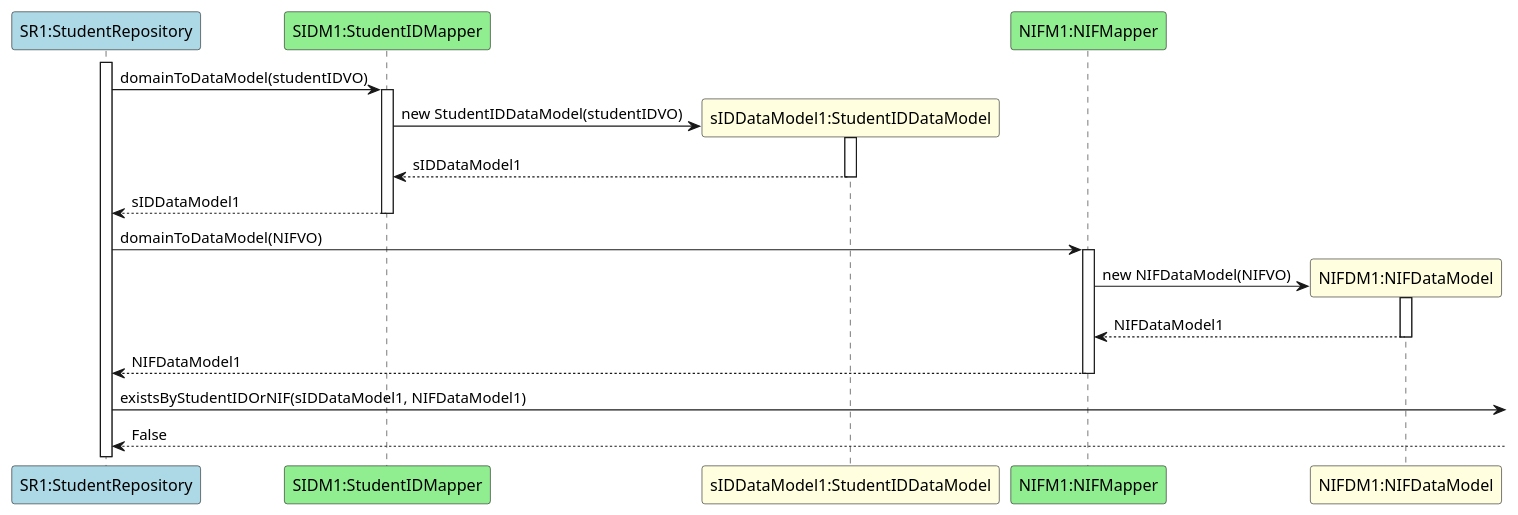
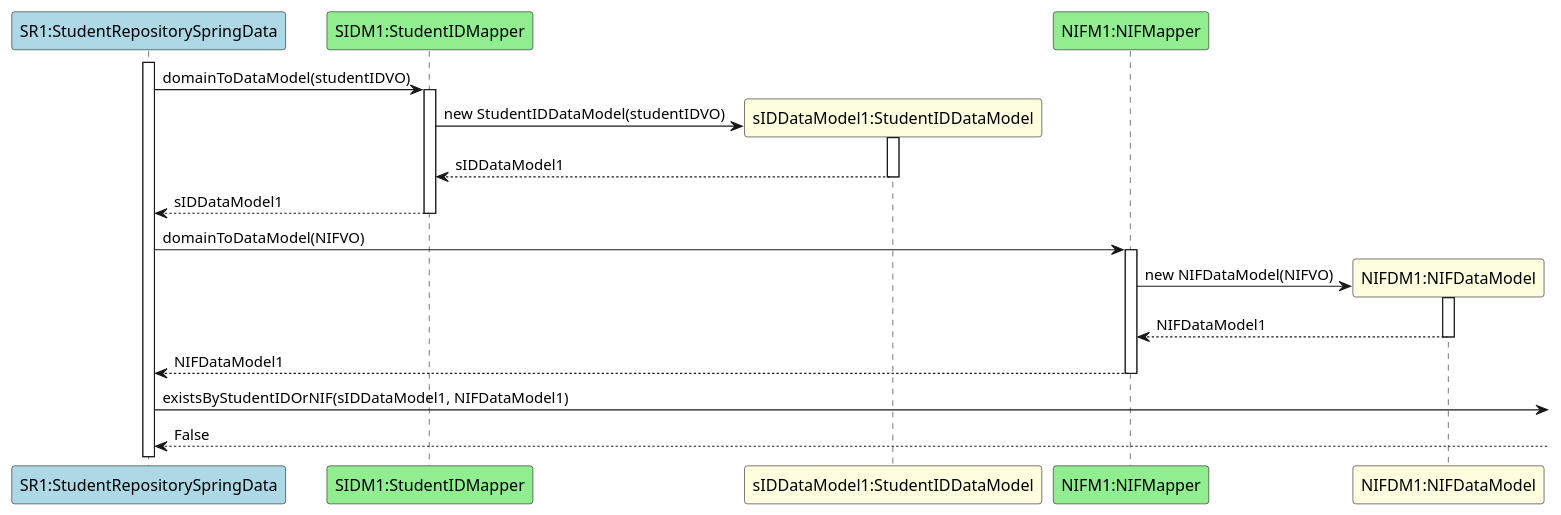
Before and after one commit to GasparISEP/DevOps-PAI: the diagram in docs/US08/Documentation_SpringData_JPA/US08_VerifyDuplicates.puml, drawn with PlantUML. The commit also changed 1 other file, not shown here.

Commit message:
Ref #269: Rename StudentRepositoryJPA to StudentRepositorySpringData for consistency

```diff
--- a/docs/US08/Documentation_SpringData_JPA/US08_VerifyDuplicates.puml
+++ b/docs/US08/Documentation_SpringData_JPA/US08_VerifyDuplicates.puml
@@ -1,28 +1,28 @@
 @startuml
 
-participant "SR1:StudentRepository" as SR #lightblue
+participant "SR1:StudentRepositorySpringData" as SR #lightblue
 participant "SIDM1:StudentIDMapper" as SMapper #lightgreen
 participant "sIDDataModel1:StudentIDDataModel" as siddm #lightyellow
 participant "NIFM1:NIFMapper" as NIF #lightgreen
 participant "NIFDM1:NIFDataModel" as NIFDM #lightyellow
 
 activate SR
 SR -> SMapper : domainToDataModel(studentIDVO)
 activate SMapper
 SMapper -> siddm**: new StudentIDDataModel(studentIDVO)
 activate siddm
 siddm --> SMapper : sIDDataModel1
 deactivate siddm
 SMapper --> SR: sIDDataModel1
 deactivate SMapper
 SR -> NIF : domainToDataModel(NIFVO)
 activate NIF
 NIF -> NIFDM**: new NIFDataModel(NIFVO)
 activate NIFDM
 NIFDM --> NIF: NIFDataModel1
 deactivate NIFDM
 NIF --> SR: NIFDataModel1
 deactivate NIF
 SR -> : existsByStudentIDOrNIF(sIDDataModel1, NIFDataModel1)
 SR <-- : False
 @enduml
```
